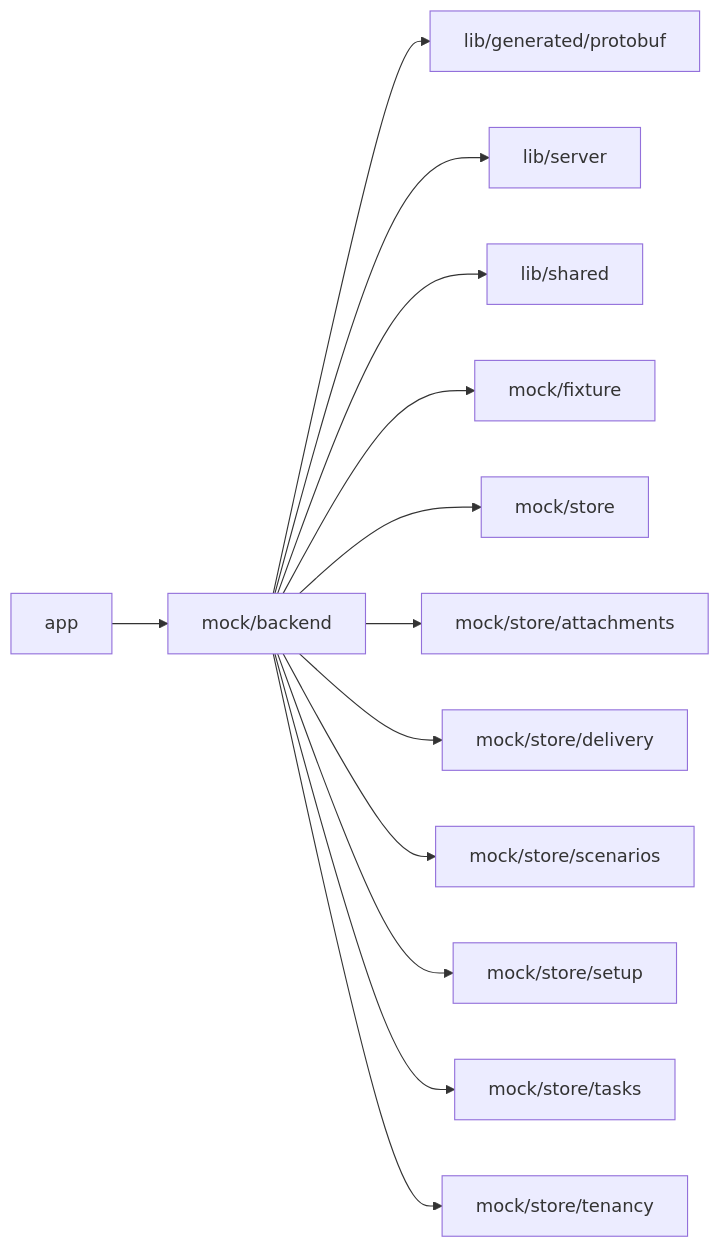
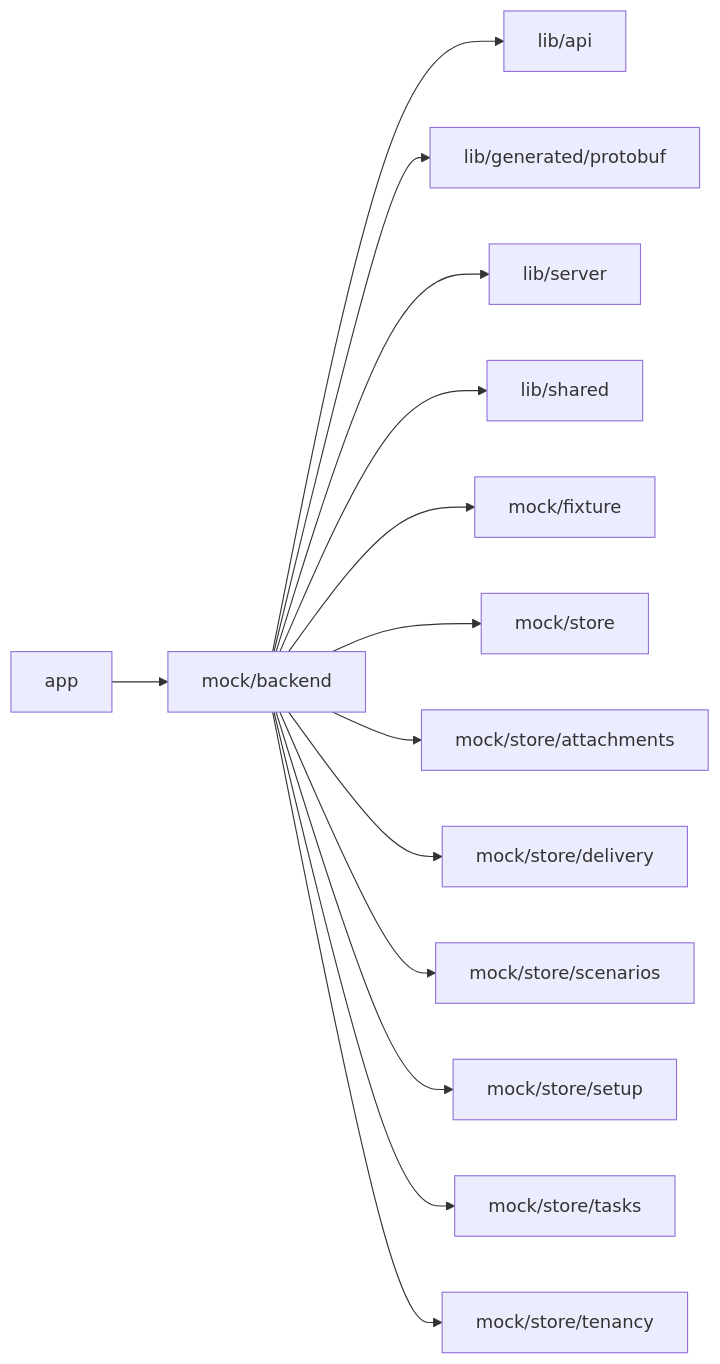
One commit to superdurable/superverse changed the diagram in web/studio/mock/backend/README.md. Above: the diagram before and after it, drawn with Mermaid. The commit also changed other lines of this file and 112 other files, not shown here.

````diff
--- a/web/studio/mock/backend/README.md
+++ b/web/studio/mock/backend/README.md
@@ -10,16 +10,17 @@
 ```mermaid
 flowchart LR
   self["mock/backend"]
   c0["app"] --> self
-  self --> d0["lib/generated/protobuf"]
-  self --> d1["lib/server"]
-  self --> d2["lib/shared"]
-  self --> d3["mock/fixture"]
-  self --> d4["mock/store"]
-  self --> d5["mock/store/attachments"]
-  self --> d6["mock/store/delivery"]
-  self --> d7["mock/store/scenarios"]
-  self --> d8["mock/store/setup"]
-  self --> d9["mock/store/tasks"]
-  self --> d10["mock/store/tenancy"]
+  self --> d0["lib/api"]
+  self --> d1["lib/generated/protobuf"]
+  self --> d2["lib/server"]
+  self --> d3["lib/shared"]
+  self --> d4["mock/fixture"]
+  self --> d5["mock/store"]
+  self --> d6["mock/store/attachments"]
+  self --> d7["mock/store/delivery"]
+  self --> d8["mock/store/scenarios"]
+  self --> d9["mock/store/setup"]
+  self --> d10["mock/store/tasks"]
+  self --> d11["mock/store/tenancy"]
 ```
````
